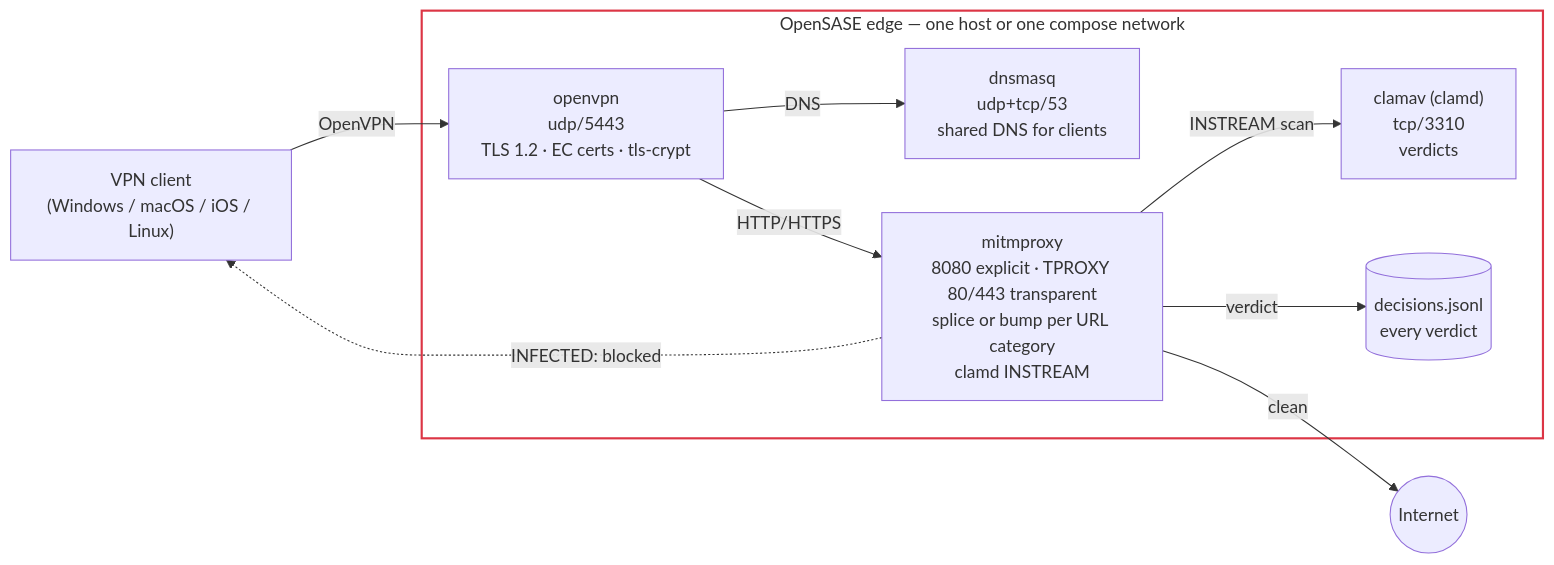
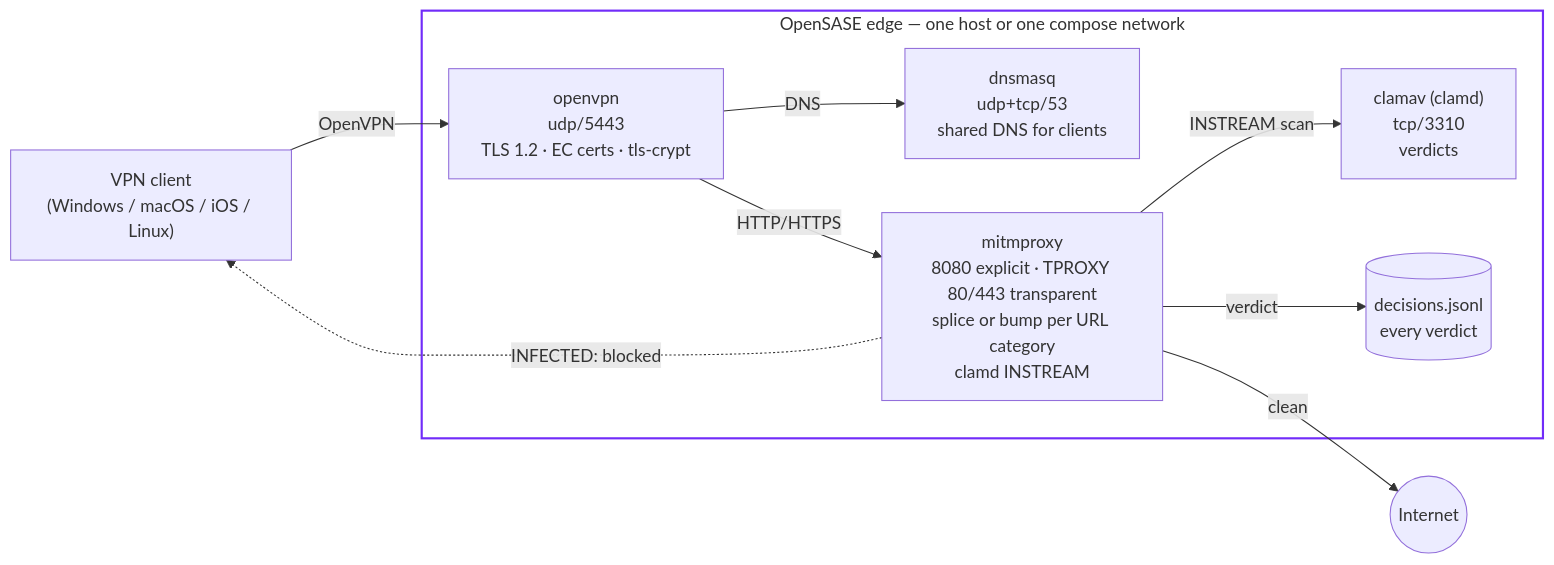
Before and after one commit to shsingh/opensase: the diagram in docs/architecture.qmd, drawn with Mermaid.

Commit message:
fix(site): purple boundary on the transparent OpenSASE edge subgraph
Red was unused elsewhere in the doc palette; cosmo primary purple
(#712cf9) matches the site's link/theme color instead.

````diff
--- a/docs/architecture.qmd
+++ b/docs/architecture.qmd
@@ -7,24 +7,24 @@
 ```{mermaid}
 flowchart LR
     client["VPN client<br/>(Windows / macOS / iOS / Linux)"]
 
     subgraph edge["OpenSASE edge — one host or one compose network"]
         vpn["openvpn<br/>udp/5443<br/>TLS 1.2 · EC certs · tls-crypt"]
         dns["dnsmasq<br/>udp+tcp/53<br/>shared DNS for clients"]
         mitm["mitmproxy<br/>8080 explicit · TPROXY 80/443 transparent<br/>splice or bump per URL category<br/>clamd INSTREAM"]
         clam["clamav (clamd)<br/>tcp/3310<br/>verdicts"]
         log[("decisions.jsonl<br/>every verdict")]
     end
 
     net((Internet))
 
     client -- "OpenVPN" --> vpn
     vpn -- "DNS" --> dns
     vpn -- "HTTP/HTTPS" --> mitm
     mitm -- "INSTREAM scan" --> clam
     mitm -- "verdict" --> log
     mitm -- "clean" --> net
     mitm -. "INFECTED: blocked" .-> client
 
-    style edge fill:transparent,stroke:#dc3545,stroke-width:2px
+    style edge fill:transparent,stroke:#712cf9,stroke-width:2px
 ```
````
